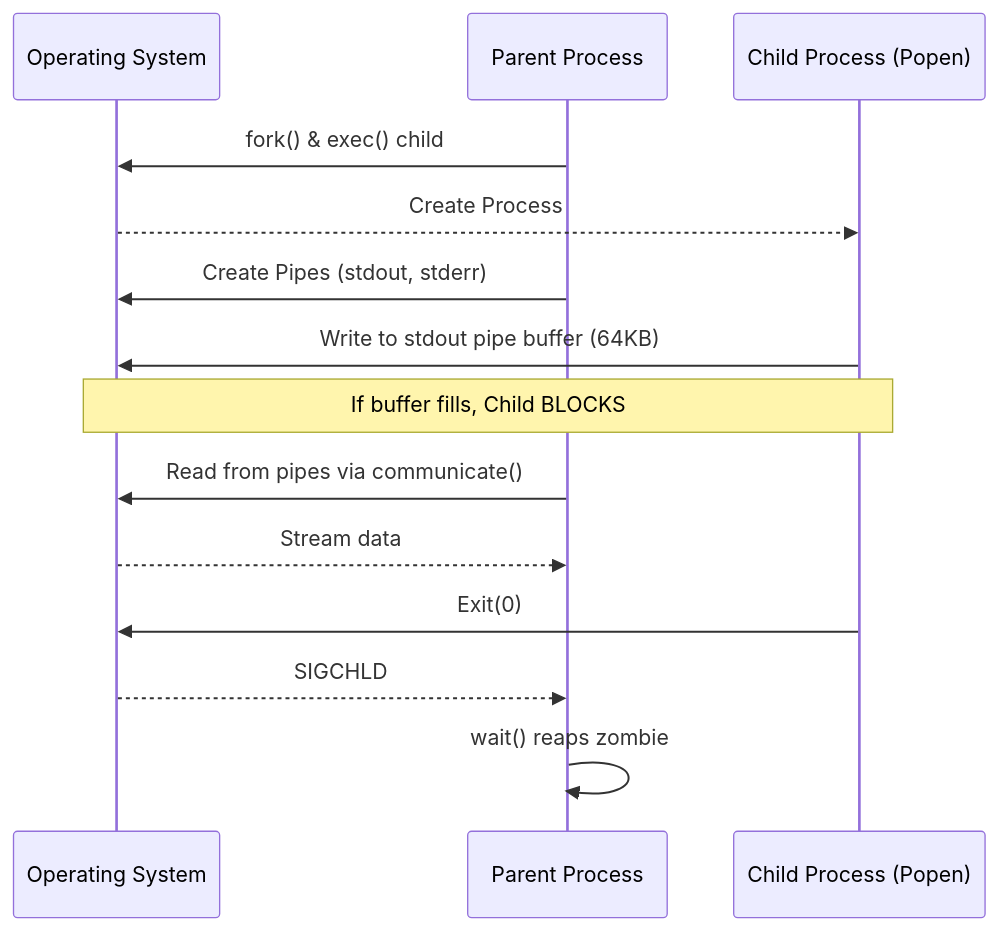
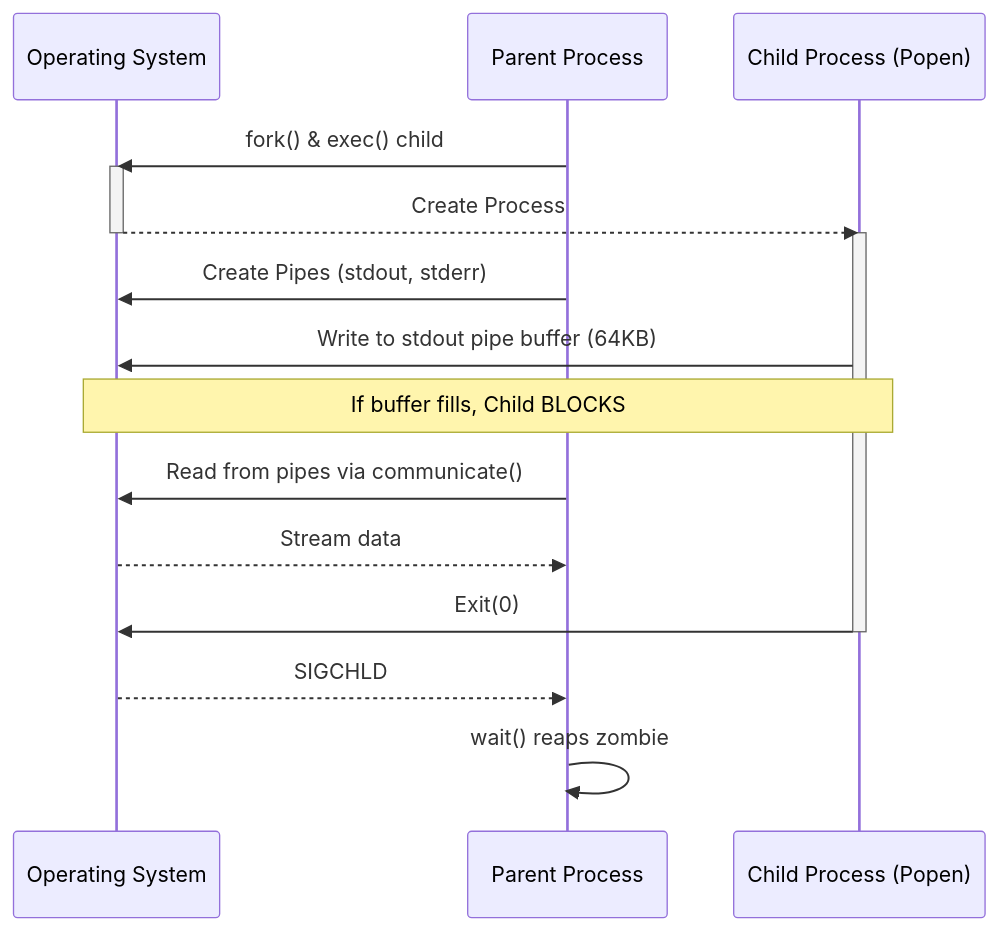
Before and after one commit to jithinpnjm/nvidia-devops: the second of 2 diagrams in docs/volume-02/02-python-systems-concurrency-masterclass.md, drawn with Mermaid. The commit also changed other lines of this file and 110 other files, not shown here.

Commit message:
docs(volume-1-10): complete second-pass refinement of formatting, visual diagrams, and code snippets

````diff
--- a/docs/volume-02/02-python-systems-concurrency-masterclass.md
+++ b/docs/volume-02/02-python-systems-concurrency-masterclass.md
@@ -195,17 +205,21 @@
 ```mermaid
 sequenceDiagram
     participant OS as Operating System
     participant Python as Parent Process
     participant Sub as Child Process (Popen)
 
     Python->>OS: fork() & exec() child
+    activate OS
     OS-->>Sub: Create Process
+    deactivate OS
+    activate Sub
     Python->>OS: Create Pipes (stdout, stderr)
     Sub->>OS: Write to stdout pipe buffer (64KB)
     Note over Sub, OS: If buffer fills, Child BLOCKS
     Python->>OS: Read from pipes via communicate()
     OS-->>Python: Stream data
     Sub->>OS: Exit(0)
+    deactivate Sub
     OS-->>Python: SIGCHLD
     Python->>Python: wait() reaps zombie
 ```
````
